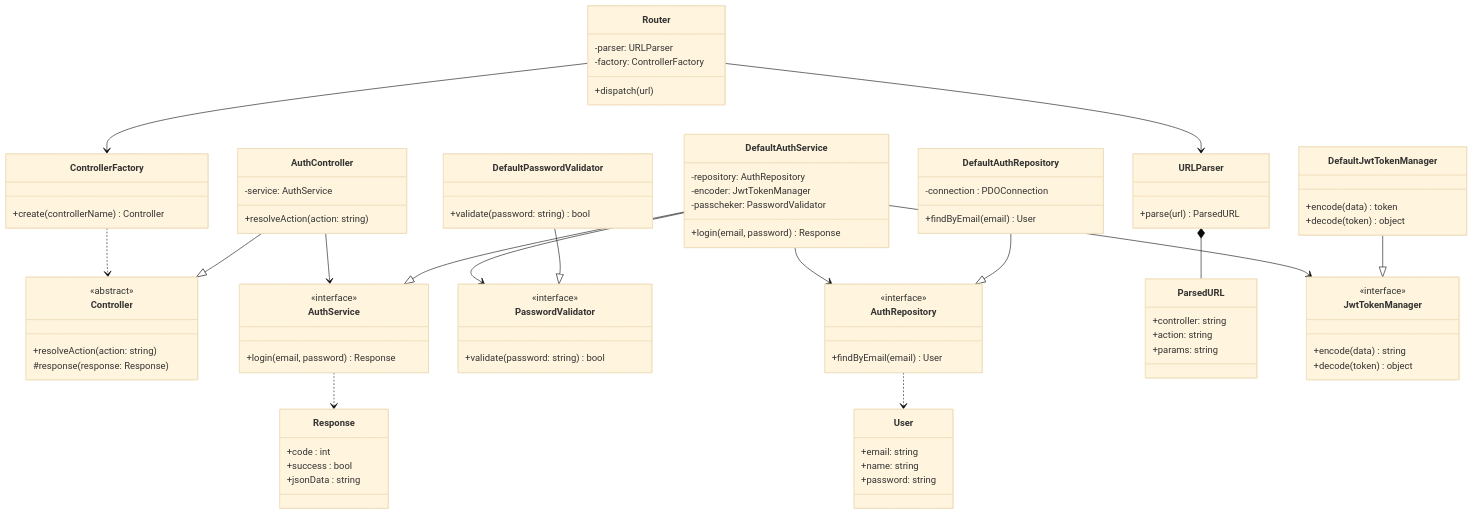
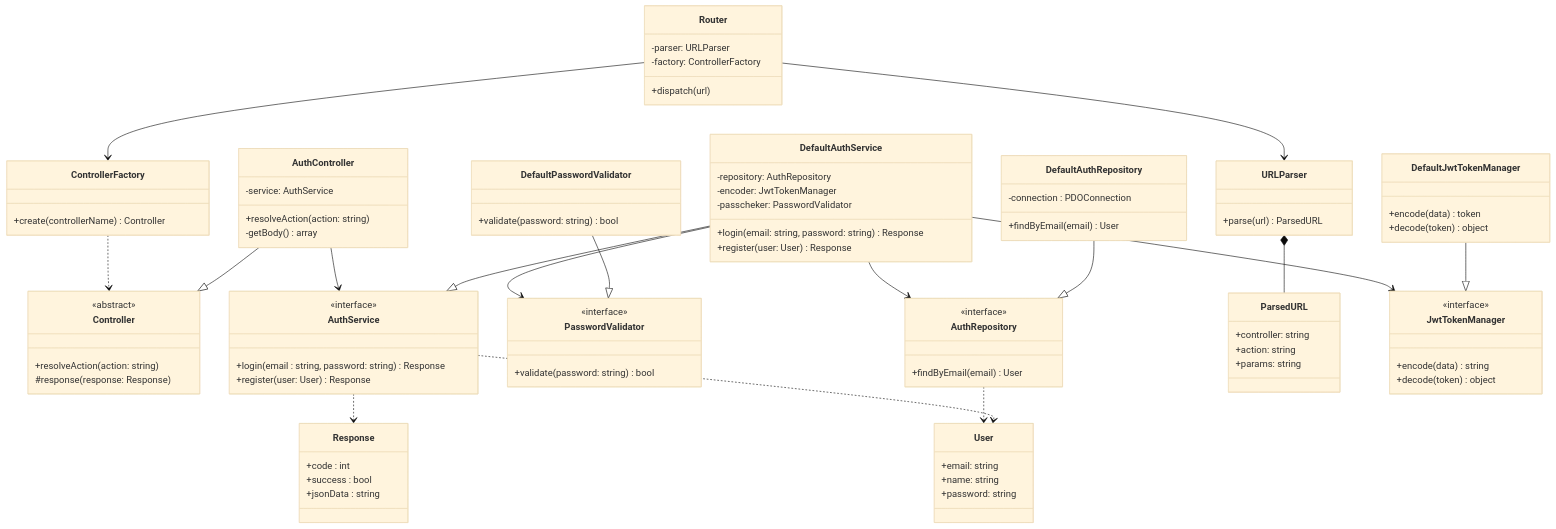
One commit to mb4dev/progetto-prova changed the diagram in documentazione/diagramma_classi/UC01.md. Above: the diagram before and after it, drawn with Mermaid (base theme). The commit also changed 2 other files, not shown here.

Commit message:
doc: completato caso d'uso UC01

````diff
--- a/documentazione/diagramma_classi/UC01.md
+++ b/documentazione/diagramma_classi/UC01.md
@@ -10,6 +10,7 @@
 class AuthController {
     -service: AuthService
     +resolveAction(action: string)
+    -getBody() array
 }
 
 AuthController --|> Controller
@@ -45,14 +46,17 @@
 class AuthService {
     <<interface>>
 
-    +login(email, password) Response
+    +login(email : string, password: string) Response
+    +register(user: User) Response
 }
 
 class DefaultAuthService {
     -repository: AuthRepository
     -encoder: JwtTokenManager
     -passcheker: PasswordValidator
-    +login(email, password) Response
+    +login(email: string, password: string) Response
+    +register(user: User) Response
+
 }
 
 DefaultAuthService --|> AuthService
@@ -109,6 +113,7 @@
 URLParser *-- ParsedURL
 
 AuthService ..> Response 
+AuthService ..> User
 AuthRepository ..> User 
 
 ``` 
````
